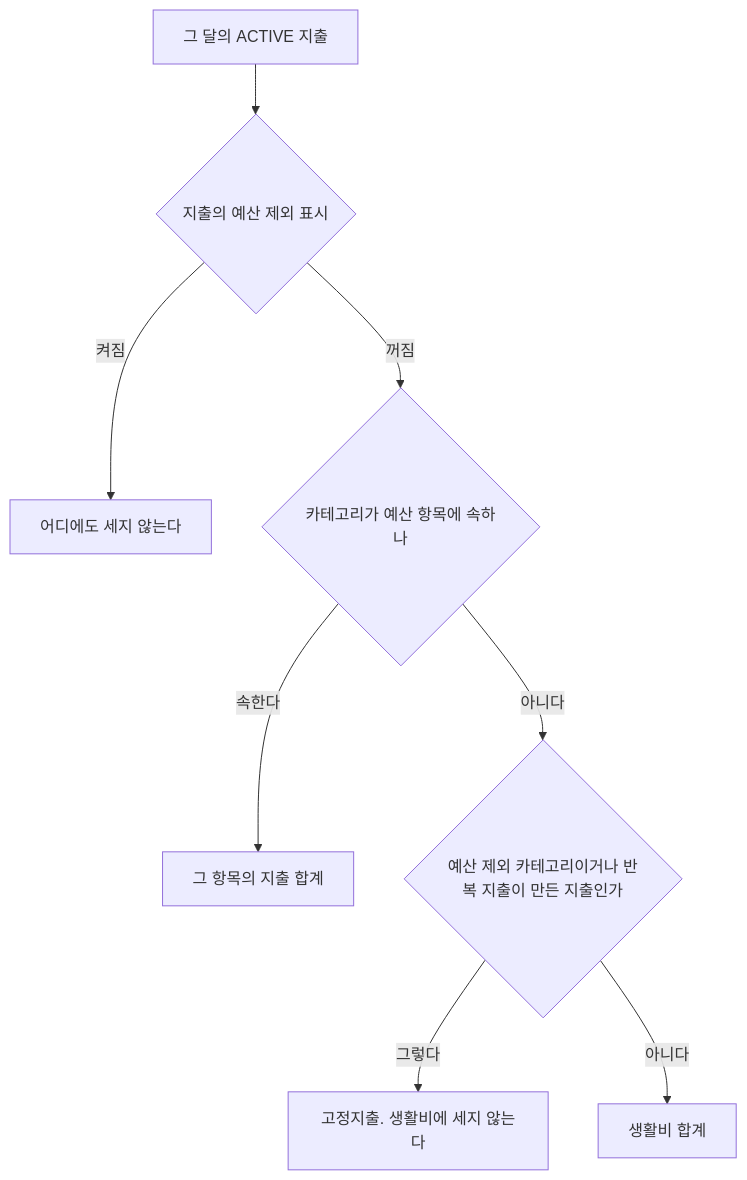
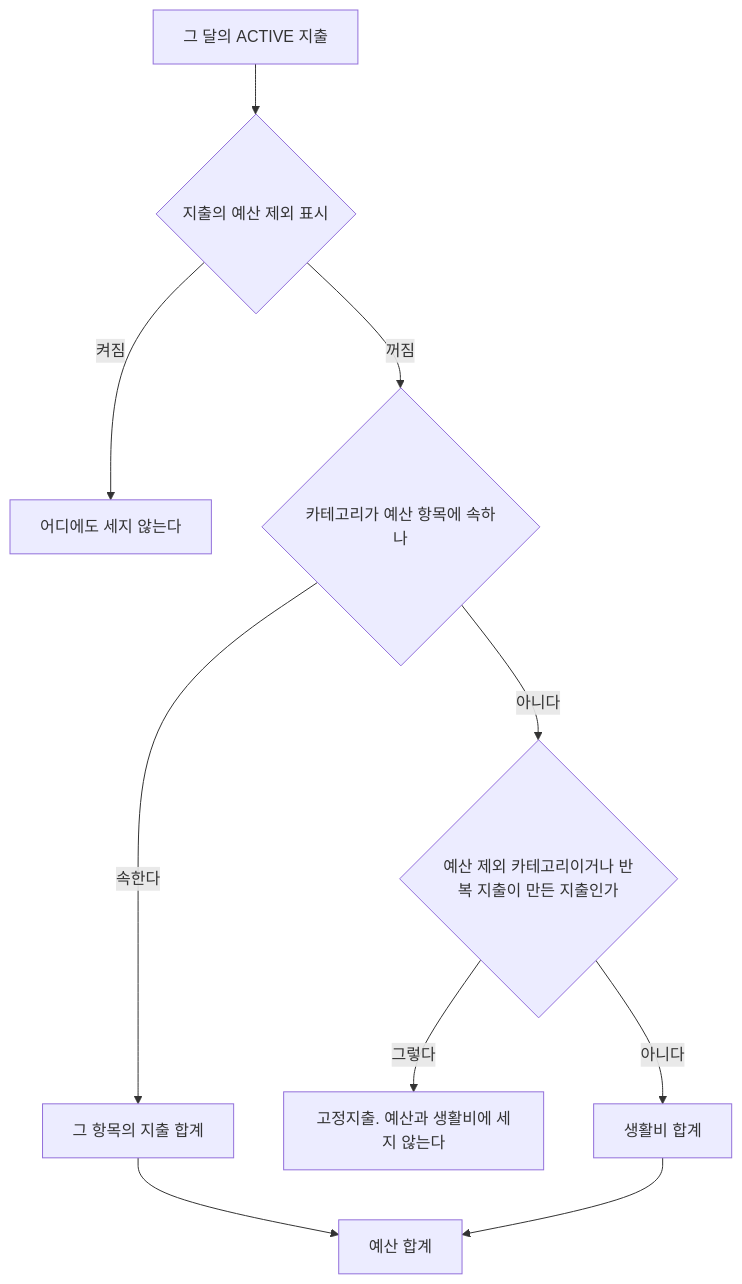
One commit to jon890/fos-accountbook changed the diagram in backend/docs/flow.md. Above: the diagram before and after it, drawn with Mermaid. The commit also changed other lines of this file and 11 other files, not shown here.

````diff
--- a/backend/docs/flow.md
+++ b/backend/docs/flow.md
@@ -197,10 +198,12 @@
 ```mermaid
 flowchart TD
     E[그 달의 ACTIVE 지출] --> X{지출의 예산 제외 표시}
     X -- 켜짐 --> N[어디에도 세지 않는다]
     X -- 꺼짐 --> I{카테고리가 예산 항목에 속하나}
     I -- 속한다 --> ITEM[그 항목의 지출 합계]
     I -- 아니다 --> C{예산 제외 카테고리이거나 반복 지출이 만든 지출인가}
-    C -- 그렇다 --> F[고정지출. 생활비에 세지 않는다]
+    C -- 그렇다 --> F[고정지출. 예산과 생활비에 세지 않는다]
     C -- 아니다 --> L[생활비 합계]
+    ITEM --> T[예산 합계]
+    L --> T
 ```
````
